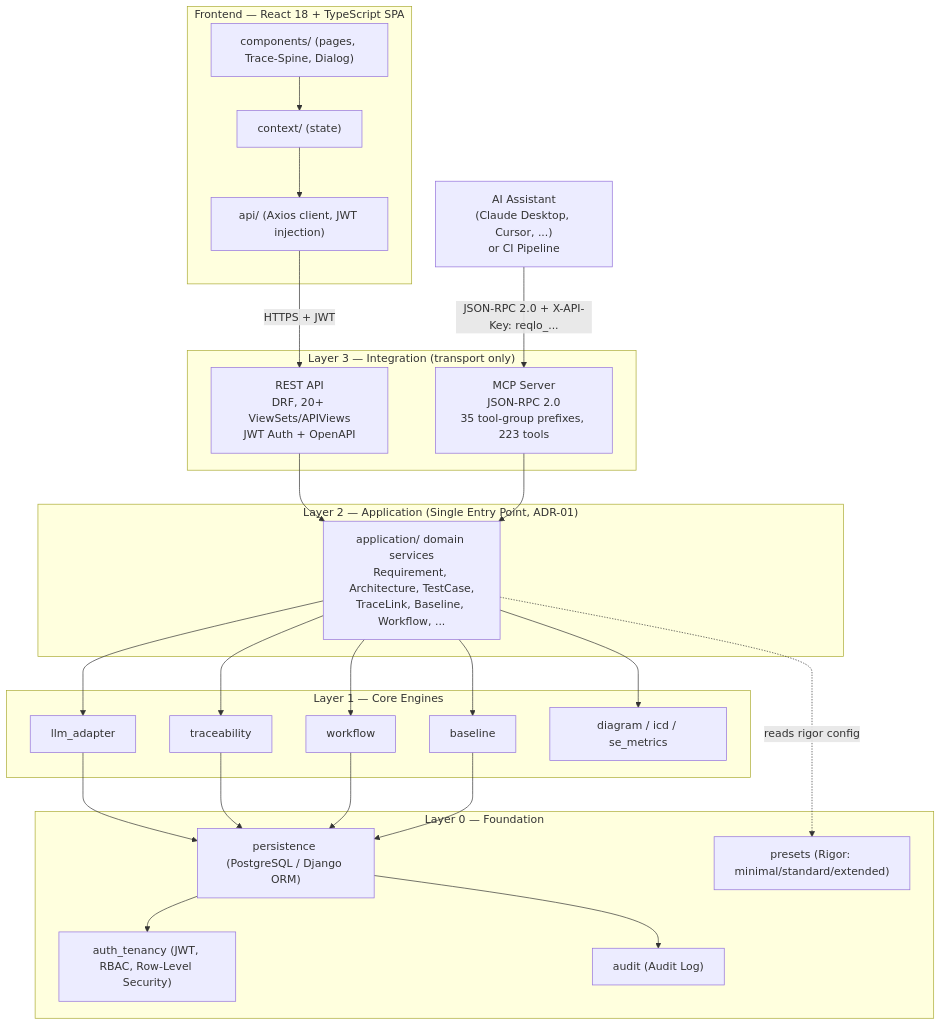
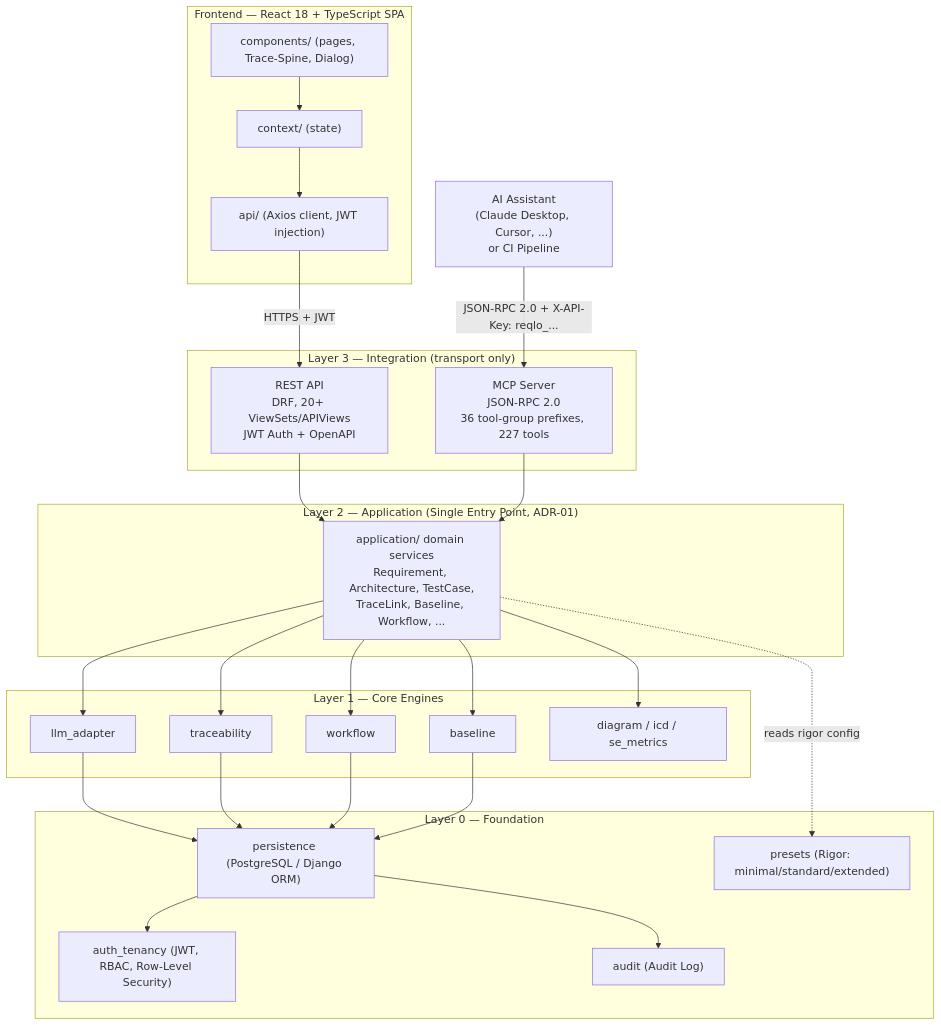
One commit to Popoboxxo/ReqogniLoom changed the first of 3 diagrams in README.md. Above: the diagram before and after it, drawn with Mermaid. The commit also changed other lines of this file and 57 other files, not shown here.

````diff
--- a/README.md
+++ b/README.md
@@ -101,53 +101,53 @@
 ```mermaid
 graph TD
     subgraph FE["Frontend — React 18 + TypeScript SPA"]
         UI["components/ (pages, Trace-Spine, Dialog)"]
         CTX["context/ (state)"]
         APICLIENT["api/ (Axios client, JWT injection)"]
         UI --> CTX --> APICLIENT
     end
 
     EXT["AI Assistant<br/>(Claude Desktop, Cursor, ...)<br/>or CI Pipeline"]
 
     subgraph L3["Layer 3 — Integration (transport only)"]
         REST["REST API<br/>DRF, 20+ ViewSets/APIViews<br/>JWT Auth + OpenAPI"]
-        MCP["MCP Server<br/>JSON-RPC 2.0<br/>35 tool-group prefixes, 223 tools"]
+        MCP["MCP Server<br/>JSON-RPC 2.0<br/>36 tool-group prefixes, 227 tools"]
     end
 
     subgraph L2["Layer 2 — Application (Single Entry Point, ADR-01)"]
         APP["application/ domain services<br/>Requirement, Architecture, TestCase,<br/>TraceLink, Baseline, Workflow, ..."]
     end
 
     subgraph L1["Layer 1 — Core Engines"]
         LLM["llm_adapter"]
         TRACE["traceability"]
         WF["workflow"]
         BASE["baseline"]
         DIAG["diagram / icd / se_metrics"]
     end
 
     subgraph L0["Layer 0 — Foundation"]
         PERSIST["persistence (PostgreSQL / Django ORM)"]
         AUTH["auth_tenancy (JWT, RBAC, Row-Level Security)"]
         PRESET["presets (Rigor: minimal/standard/extended)"]
         AUDIT["audit (Audit Log)"]
     end
 
     APICLIENT -->|"HTTPS + JWT"| REST
     EXT -->|"JSON-RPC 2.0 + X-API-Key: reqlo_..."| MCP
 
     REST --> APP
     MCP --> APP
     APP --> LLM
     APP --> TRACE
     APP --> WF
     APP --> BASE
     APP --> DIAG
     APP -.->|"reads rigor config"| PRESET
     LLM --> PERSIST
     TRACE --> PERSIST
     WF --> PERSIST
     BASE --> PERSIST
     PERSIST --> AUTH
     PERSIST --> AUDIT
 ```
````
